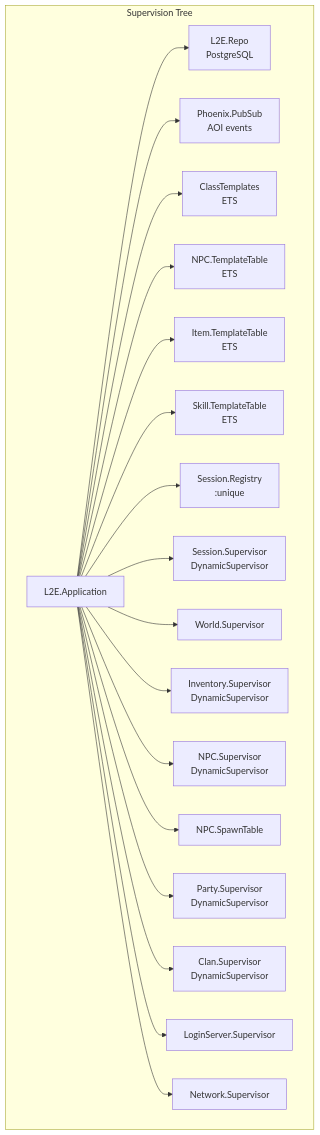
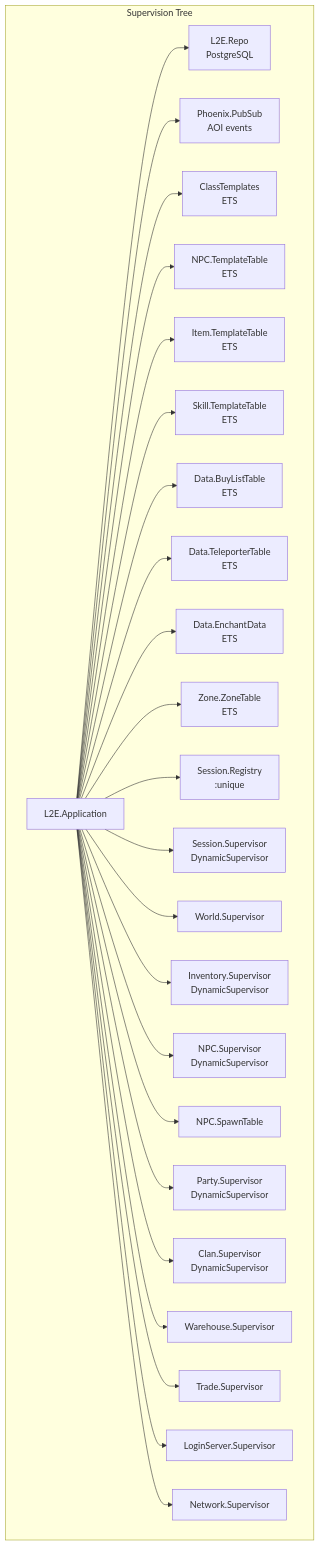
Before and after one commit to ignaciochemes/L2ex: the first of 7 diagrams in README.md, drawn with Mermaid. The commit also changed other lines of this file, not shown here.

````diff
--- a/README.md
+++ b/README.md
@@ -92,22 +92,28 @@
 ```mermaid
 graph TB
     subgraph "Supervision Tree"
         App[L2E.Application]
         App --> Repo[L2E.Repo<br/>PostgreSQL]
         App --> PubSub[Phoenix.PubSub<br/>AOI events]
         App --> ClassTpl[ClassTemplates<br/>ETS]
         App --> NpcTpl[NPC.TemplateTable<br/>ETS]
         App --> ItemTpl[Item.TemplateTable<br/>ETS]
         App --> SkillTpl[Skill.TemplateTable<br/>ETS]
+        App --> BuyList[Data.BuyListTable<br/>ETS]
+        App --> TpTbl[Data.TeleporterTable<br/>ETS]
+        App --> EnchTbl[Data.EnchantData<br/>ETS]
+        App --> ZoneTbl[Zone.ZoneTable<br/>ETS]
         App --> SessionReg[Session.Registry<br/>:unique]
         App --> SessionSup[Session.Supervisor<br/>DynamicSupervisor]
         App --> WorldSup[World.Supervisor]
         App --> InvSup[Inventory.Supervisor<br/>DynamicSupervisor]
         App --> NpcSup[NPC.Supervisor<br/>DynamicSupervisor]
         App --> SpawnTbl[NPC.SpawnTable]
         App --> PartySup[Party.Supervisor<br/>DynamicSupervisor]
         App --> ClanSup[Clan.Supervisor<br/>DynamicSupervisor]
+        App --> WrhSup[Warehouse.Supervisor]
+        App --> TradeSup[Trade.Supervisor]
         App --> LoginSup[LoginServer.Supervisor]
         App --> NetSup[Network.Supervisor]
     end
 ```
````
